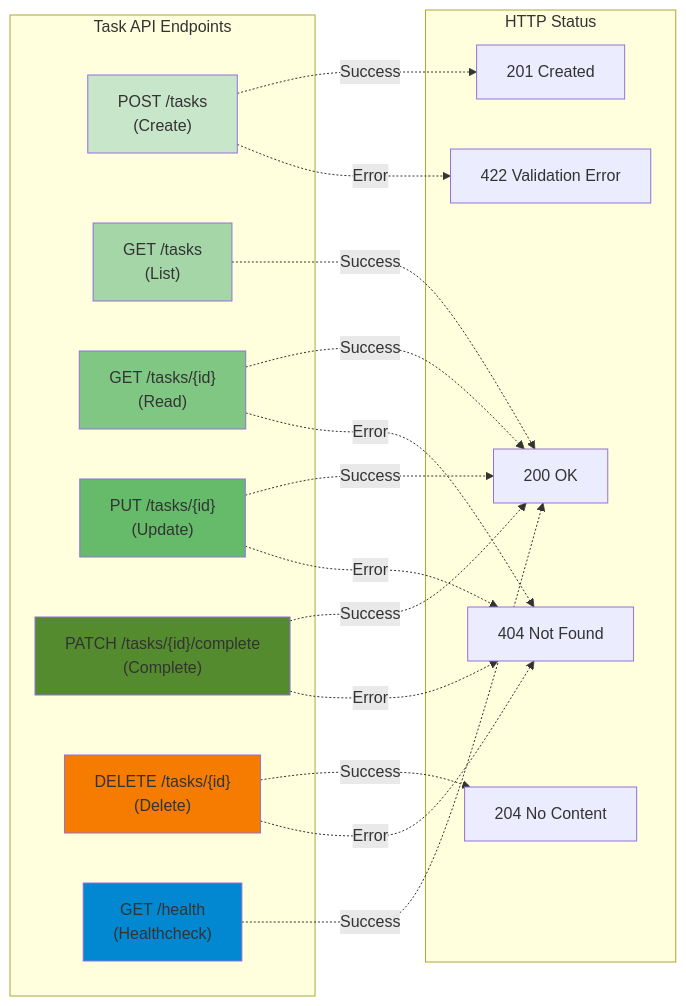
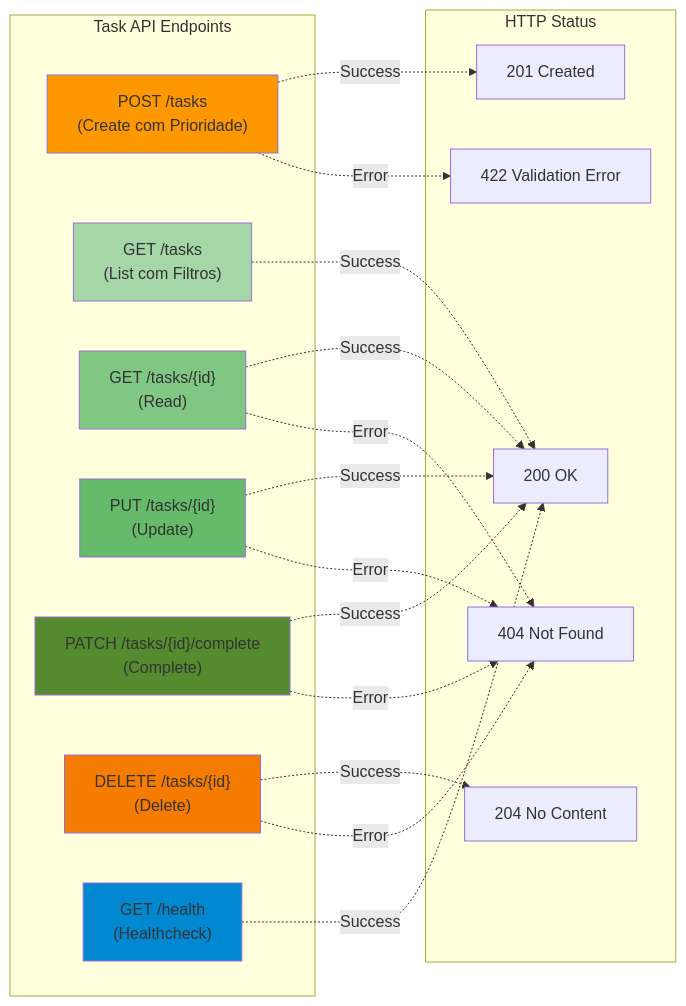
The third of 3 diagrams in docs/diagramas.md (aersouza/laboratorio-taskapi), drawn with Mermaid before and after one commit. The commit also changed other lines of this file and 3 other files, not shown here.

First line of the commit message:
feat: integrate PriorityAdvisor and Repository Layer into architecture

````diff
--- a/docs/diagramas.md
+++ b/docs/diagramas.md
@@ -94,42 +120,42 @@
 ```mermaid
 graph LR
     subgraph "Task API Endpoints"
-        POST["POST /tasks<br/>(Create)"]
-        GET["GET /tasks<br/>(List)"]
+        POST["POST /tasks<br/>(Create com Prioridade)"]
+        GET["GET /tasks<br/>(List com Filtros)"]
         GETID["GET /tasks/{id}<br/>(Read)"]
         PUT["PUT /tasks/{id}<br/>(Update)"]
         PATCH["PATCH /tasks/{id}/complete<br/>(Complete)"]
         DELETE["DELETE /tasks/{id}<br/>(Delete)"]
         HEALTH["GET /health<br/>(Healthcheck)"]
     end
 
     subgraph "HTTP Status"
         S201["201 Created"]
         S200["200 OK"]
         S204["204 No Content"]
         S404["404 Not Found"]
         S422["422 Validation Error"]
     end
 
     POST -.->|Success| S201
     GET -.->|Success| S200
     GETID -.->|Success| S200
     PUT -.->|Success| S200
     PATCH -.->|Success| S200
     DELETE -.->|Success| S204
     HEALTH -.->|Success| S200
     
     POST -.->|Error| S422
     GETID -.->|Error| S404
     PUT -.->|Error| S404
     PATCH -.->|Error| S404
     DELETE -.->|Error| S404
 
-    style POST fill:#c8e6c9
+    style POST fill:#ff9800
     style GET fill:#a5d6a7
     style GETID fill:#81c784
     style PUT fill:#66bb6a
     style PATCH fill:#558b2f
     style DELETE fill:#f57c00
     style HEALTH fill:#0288d1
 ```
````
